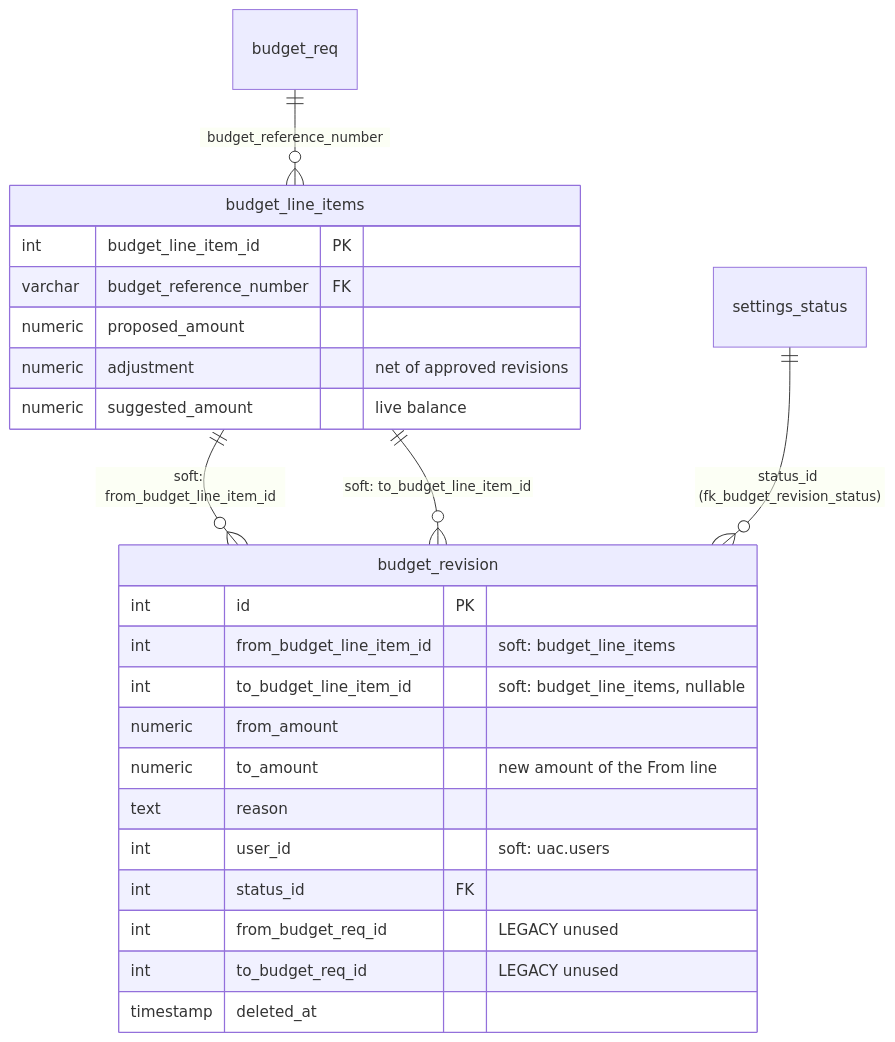
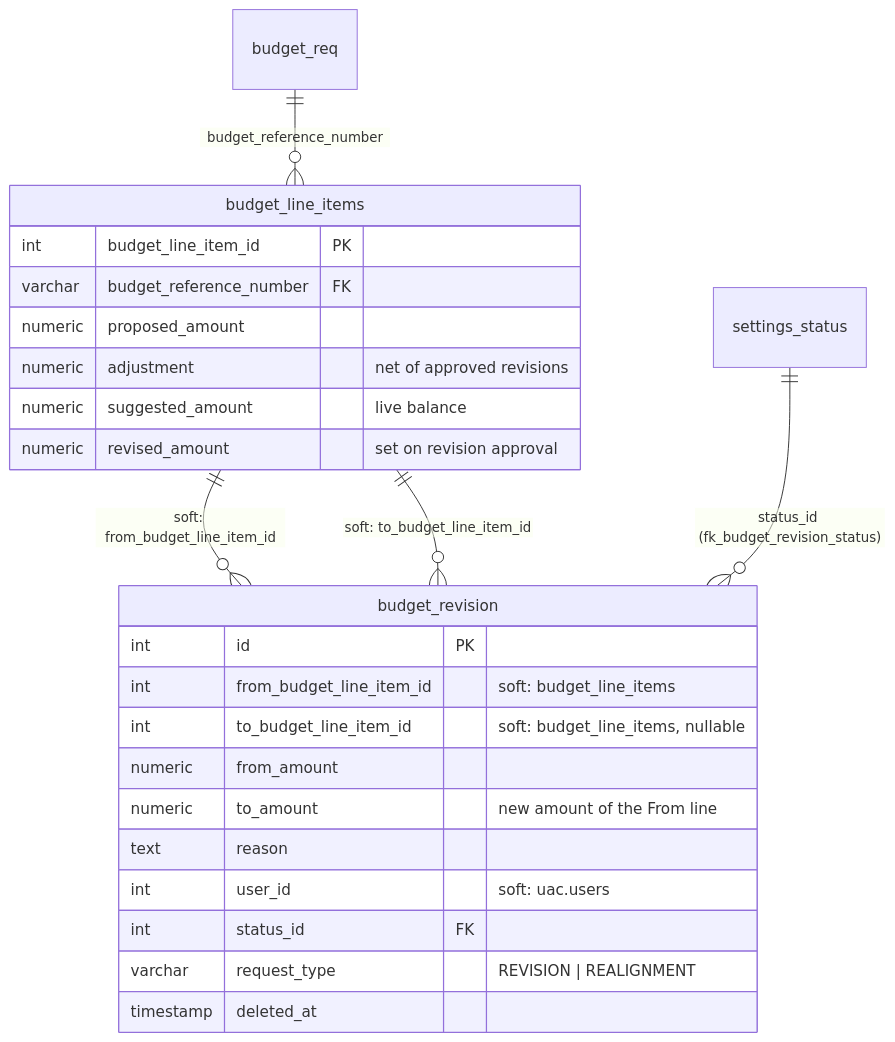
One commit to A-team-ITBS/fims-nha changed the fifth of 36 diagrams in system_docs/ERD/README.md. Above: the diagram before and after it, drawn with Mermaid. The commit also changed other lines of this file, not shown here.

````diff
--- a/system_docs/ERD/README.md
+++ b/system_docs/ERD/README.md
@@ -335,27 +335,27 @@
 ```mermaid
 erDiagram
     budget_revision {
         int id PK
         int from_budget_line_item_id "soft: budget_line_items"
         int to_budget_line_item_id "soft: budget_line_items, nullable"
         numeric from_amount
         numeric to_amount "new amount of the From line"
         text reason
         int user_id "soft: uac.users"
         int status_id FK
-        int from_budget_req_id "LEGACY unused"
-        int to_budget_req_id "LEGACY unused"
+        varchar request_type "REVISION | REALIGNMENT"
         timestamp deleted_at
     }
     budget_line_items {
         int budget_line_item_id PK
         varchar budget_reference_number FK
         numeric proposed_amount
         numeric adjustment "net of approved revisions"
         numeric suggested_amount "live balance"
+        numeric revised_amount "set on revision approval"
     }
     budget_line_items ||--o{ budget_revision : "soft: from_budget_line_item_id"
     budget_line_items ||--o{ budget_revision : "soft: to_budget_line_item_id"
     settings_status ||--o{ budget_revision : "status_id (fk_budget_revision_status)"
     budget_req ||--o{ budget_line_items : "budget_reference_number"
 ```
````
